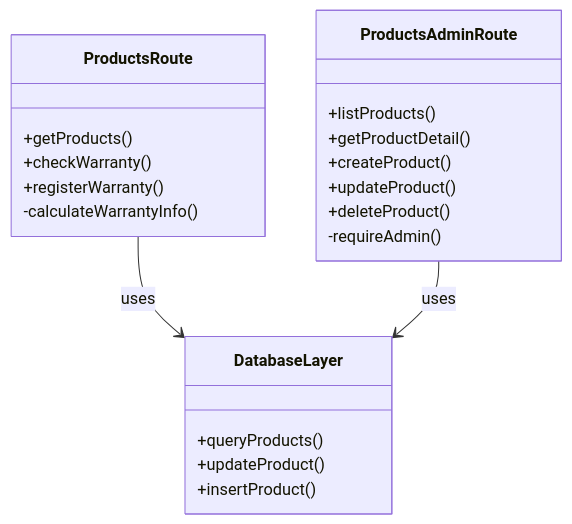
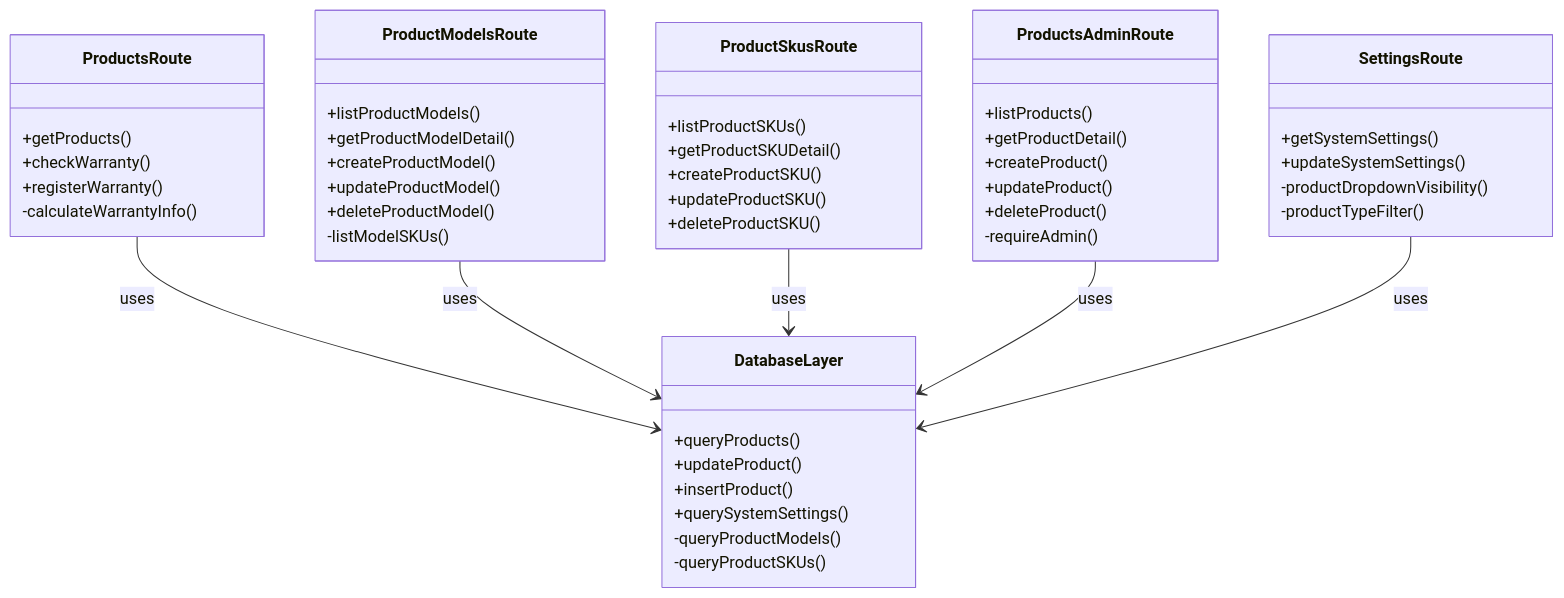
The second of 16 diagrams in .qoder/repowiki/zh/content/前端组件架构/产品管理界面/三层产品架构.md (CubeEdge/Longhorn), drawn with Mermaid before and after one commit. The commit also changed other lines of this file and 53 other files, not shown here.

````diff
--- a/.qoder/repowiki/zh/content/前端组件架构/产品管理界面/三层产品架构.md
+++ b/.qoder/repowiki/zh/content/前端组件架构/产品管理界面/三层产品架构.md
@@ -117,24 +174,51 @@
 ```mermaid
 classDiagram
 class ProductsRoute {
 +getProducts()
 +checkWarranty()
 +registerWarranty()
 -calculateWarrantyInfo()
+}
+class ProductModelsRoute {
++listProductModels()
++getProductModelDetail()
++createProductModel()
++updateProductModel()
++deleteProductModel()
+-listModelSKUs()
+}
+class ProductSkusRoute {
++listProductSKUs()
++getProductSKUDetail()
++createProductSKU()
++updateProductSKU()
++deleteProductSKU()
 }
 class ProductsAdminRoute {
 +listProducts()
 +getProductDetail()
 +createProduct()
 +updateProduct()
 +deleteProduct()
 -requireAdmin()
 }
+class SettingsRoute {
++getSystemSettings()
++updateSystemSettings()
+-productDropdownVisibility()
+-productTypeFilter()
+}
 class DatabaseLayer {
 +queryProducts()
 +updateProduct()
 +insertProduct()
++querySystemSettings()
+-queryProductModels()
+-queryProductSKUs()
 }
 ProductsRoute --> DatabaseLayer : uses
+ProductModelsRoute --> DatabaseLayer : uses
+ProductSkusRoute --> DatabaseLayer : uses
 ProductsAdminRoute --> DatabaseLayer : uses
+SettingsRoute --> DatabaseLayer : uses
 ```
````
